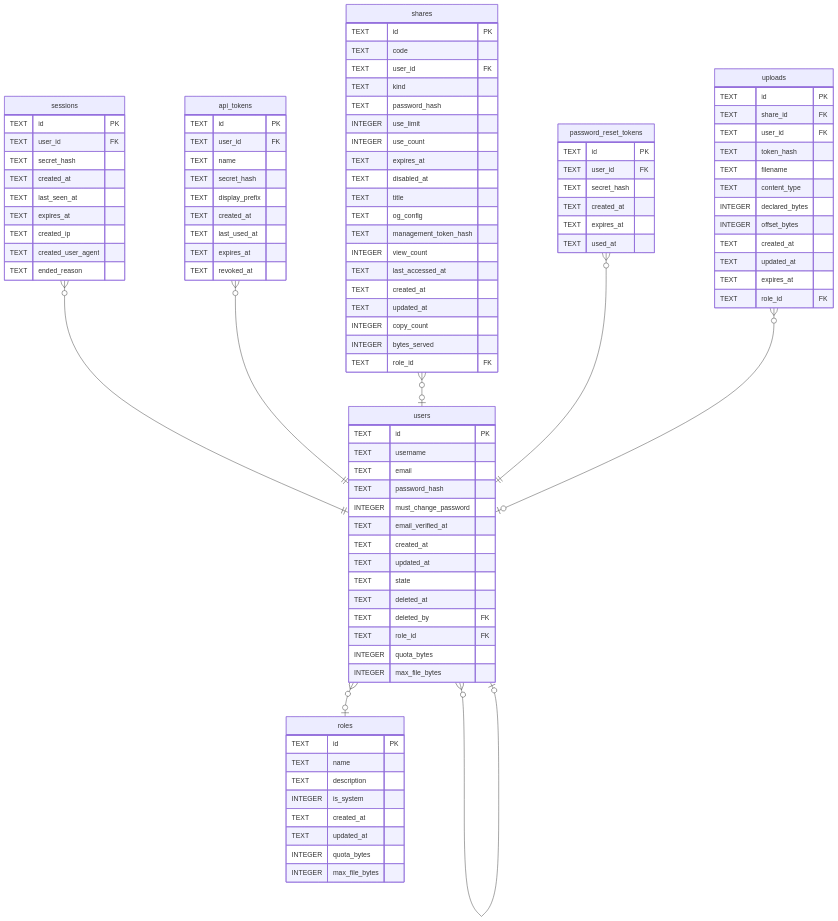
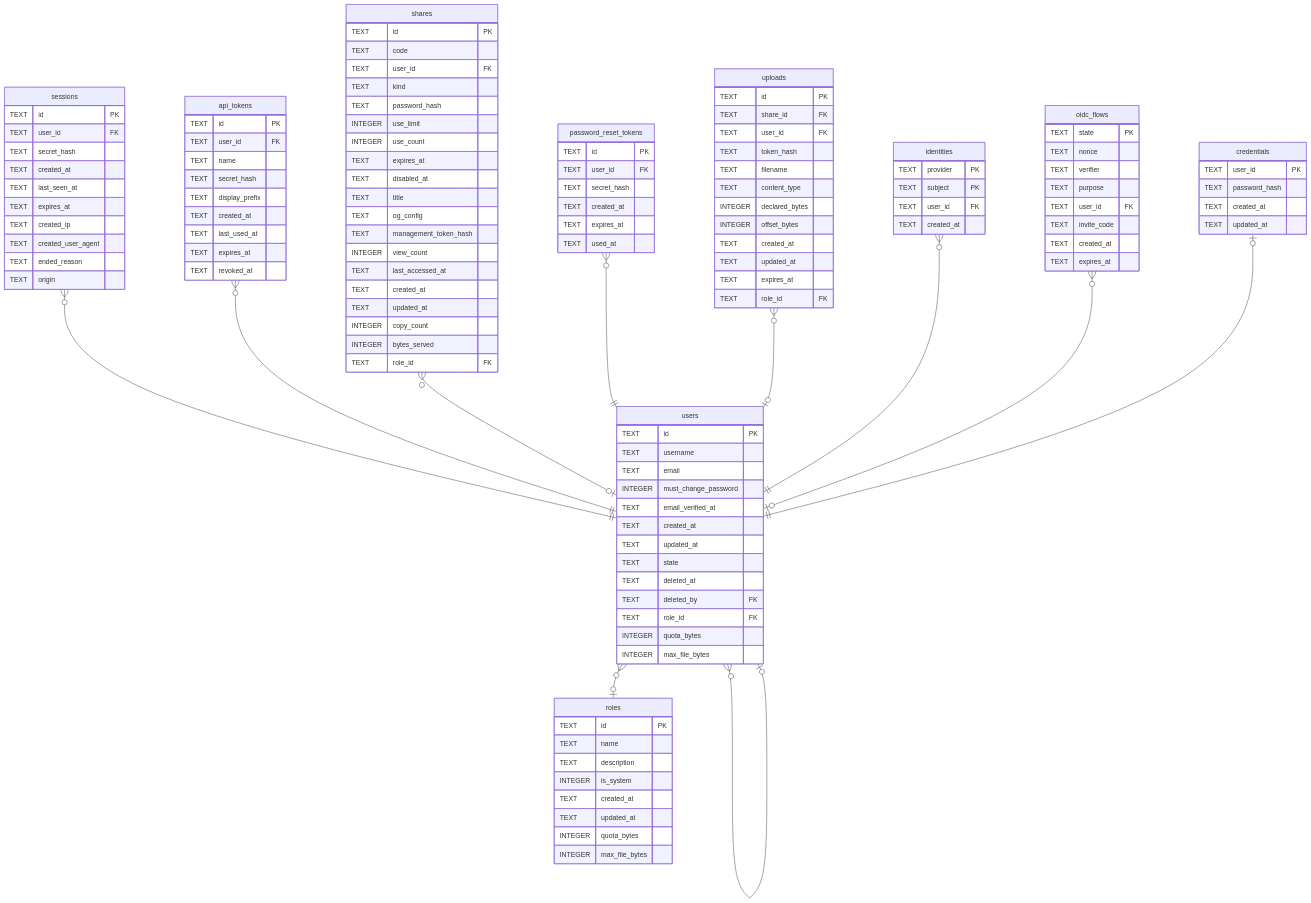
The diagram in docs/schema/users.md (Limatura/tessera), drawn with Mermaid before and after one commit. The commit also changed other lines of this file and 29 other files, not shown here.

First line of the commit message:
feat(auth): OIDC 的 schema (#230)

```diff
--- a/docs/schema/users.md
+++ b/docs/schema/users.md
@@ -76,13 +74,15 @@
 "shares" }o--o| "users" : ""
 "password_reset_tokens" }o--|| "users" : ""
 "uploads" }o--o| "users" : ""
+"identities" }o--|| "users" : ""
+"oidc_flows" }o--o| "users" : ""
+"credentials" |o--|| "users" : ""
 "users" }o--o| "roles" : ""
 
 "users" {
   TEXT id PK
   TEXT username
   TEXT email
-  TEXT password_hash
   INTEGER must_change_password
   TEXT email_verified_at
   TEXT created_at
@@ -104,6 +104,7 @@
   TEXT created_ip
   TEXT created_user_agent
   TEXT ended_reason
+  TEXT origin
 }
 "api_tokens" {
   TEXT id PK
@@ -159,6 +160,28 @@
   TEXT expires_at
   TEXT role_id FK
 }
+"identities" {
+  TEXT provider PK
+  TEXT subject PK
+  TEXT user_id FK
+  TEXT created_at
+}
+"oidc_flows" {
+  TEXT state PK
+  TEXT nonce
+  TEXT verifier
+  TEXT purpose
+  TEXT user_id FK
+  TEXT invite_code
+  TEXT created_at
+  TEXT expires_at
+}
+"credentials" {
+  TEXT user_id PK
+  TEXT password_hash
+  TEXT created_at
+  TEXT updated_at
+}
 "roles" {
   TEXT id PK
   TEXT name
```
